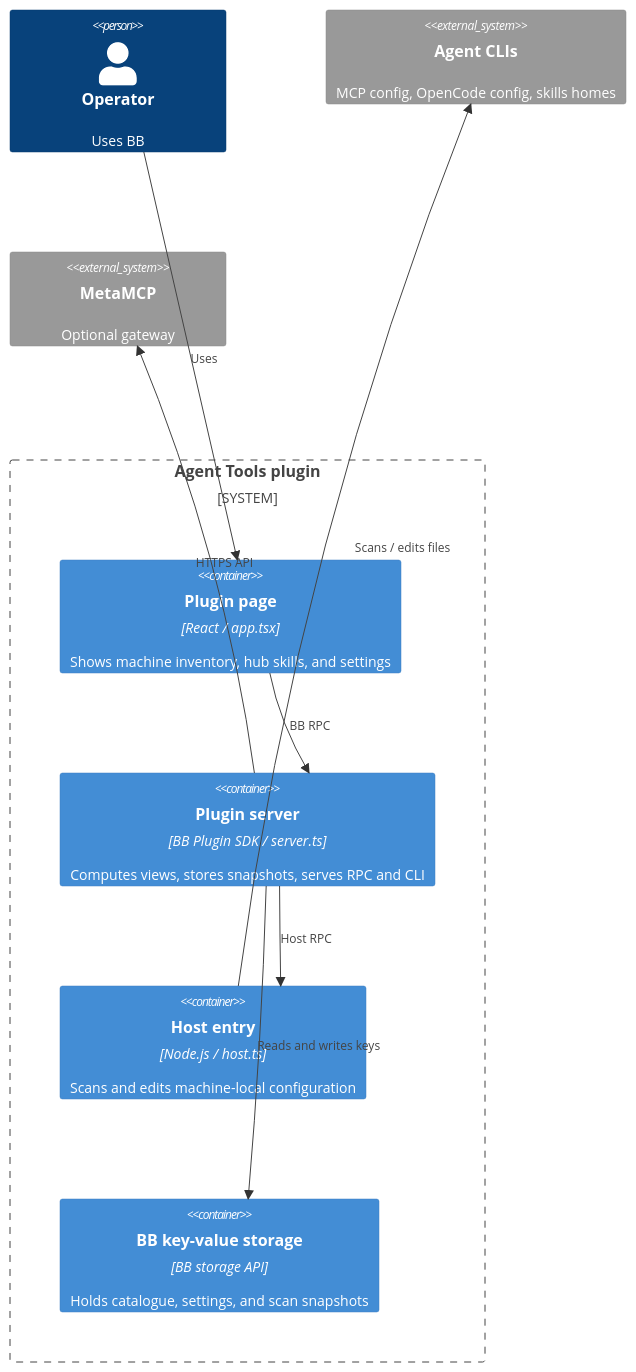
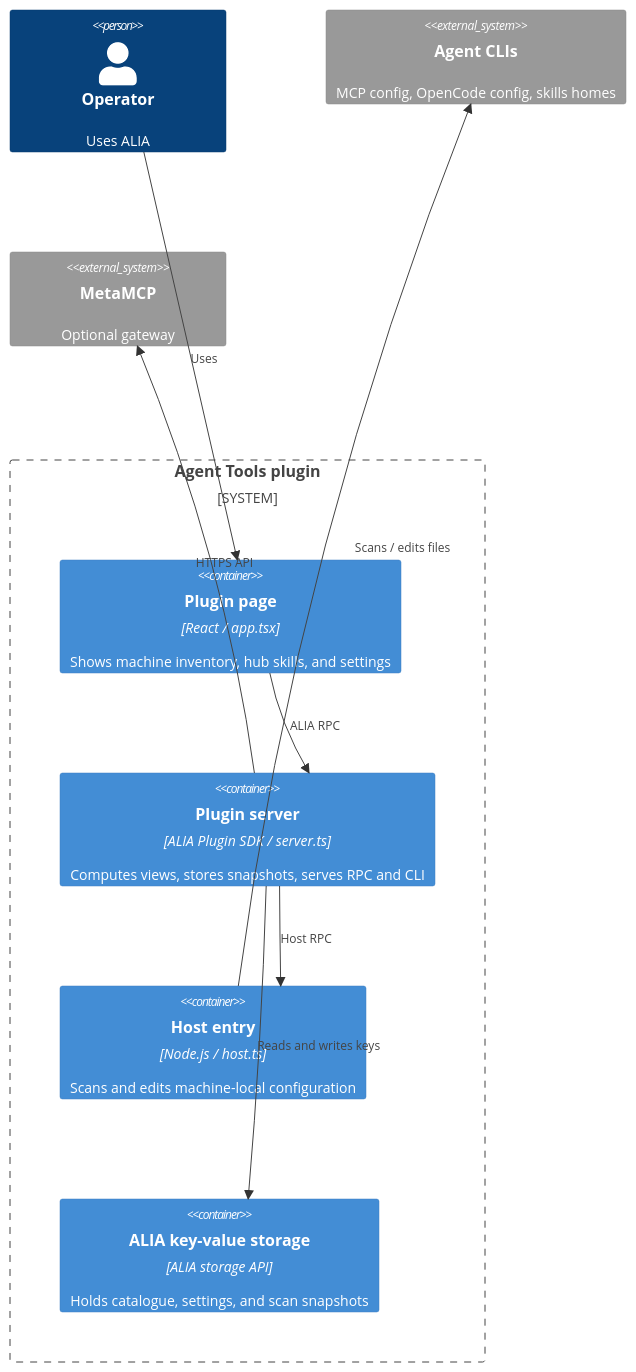
The second of 5 diagrams in plugins/agent-tools/docs/architecture.md (Vesnalia/vesnalia-plugins), drawn with Mermaid before and after one commit. The commit also changed other lines of this file and 13306 other files, not shown here.

````diff
--- a/plugins/agent-tools/docs/architecture.md
+++ b/plugins/agent-tools/docs/architecture.md
@@ -54,18 +54,18 @@
 ```mermaid
 C4Container
-  Person(operator, "Operator", "Uses BB")
+  Person(operator, "Operator", "Uses ALIA")
   System_Boundary(plugin, "Agent Tools plugin") {
     Container(ui, "Plugin page", "React / app.tsx", "Shows machine inventory, hub skills, and settings")
-    Container(server, "Plugin server", "BB Plugin SDK / server.ts", "Computes views, stores snapshots, serves RPC and CLI")
+    Container(server, "Plugin server", "ALIA Plugin SDK / server.ts", "Computes views, stores snapshots, serves RPC and CLI")
     Container(host, "Host entry", "Node.js / host.ts", "Scans and edits machine-local configuration")
-    Container(kv, "BB key-value storage", "BB storage API", "Holds catalogue, settings, and scan snapshots")
+    Container(kv, "ALIA key-value storage", "ALIA storage API", "Holds catalogue, settings, and scan snapshots")
   }
   System_Ext(cli, "Agent CLIs", "MCP config, OpenCode config, skills homes")
   System_Ext(meta, "MetaMCP", "Optional gateway")
   Rel(operator, ui, "Uses")
-  Rel(ui, server, "BB RPC")
+  Rel(ui, server, "ALIA RPC")
   Rel(server, host, "Host RPC")
   Rel(server, kv, "Reads and writes keys")
   Rel(host, cli, "Scans / edits files")
   Rel(server, meta, "HTTPS API")
 ```
````
